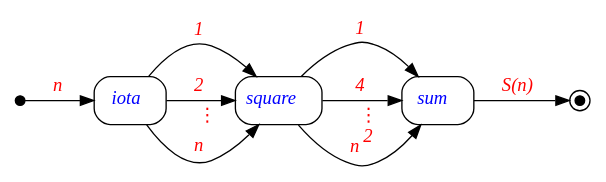
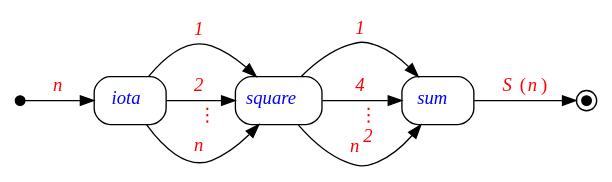
One commit to Framework-R-D/phlex-design changed the diagram in doc/ch_preliminaries/unfold-transform-fold.gv. Above: the diagram before and after it, drawn with Graphviz. The commit also changed 2 other files, not shown here.

```diff
--- a/doc/ch_preliminaries/unfold-transform-fold.gv
+++ b/doc/ch_preliminaries/unfold-transform-fold.gv
@@ -1,40 +1,40 @@
 digraph {
   rankdir=LR
   node [shape="box", style="rounded"]
 
   start [shape="point", width=0.1]
   end [shape="point", width=0.1, peripheries=2]
   iota [label=<<i><font color="blue">iota</font></i>>];
   transform [label=<<i><font color="blue">square</font></i>>];
   sum [label=<<i><font color="blue">sum</font></i>>];
 
   start -> iota [label=<<table cellpadding="1" border="0" cellborder="0">
                           <tr><td><font color="red"><i>n</i></font></td></tr>
                         </table>>]
 
   iota -> transform [label=<<table cellpadding="1" border="0" cellborder="0">
                               <tr><td><font color="red"><i>1</i></font></td></tr>
                             </table>>]
   iota -> transform [label=<<table cellpadding="1" border="0" cellborder="0">
                               <tr><td><font color="red"><i>2</i></font></td></tr>
                              </table>>]
   iota -> transform [label=<<font color="red">⋮</font>>, penwidth=0, arrowhead=none]
   iota -> transform [label=<<table cellpadding="1" border="0" cellborder="0">
                               <tr><td><font color="red"><i>n</i></font></td></tr>
                             </table>>]
 
   transform -> sum [label=<<table cellpadding="1" border="0" cellborder="0">
                              <tr><td><font color="red"><i>1</i></font></td></tr>
                            </table>>]
   transform -> sum [label=<<table cellpadding="1" border="0" cellborder="0">
                              <tr><td><font color="red"><i>4</i></font></td></tr>
                            </table>>]
   transform -> sum [label=<<font color="red">⋮</font>>, penwidth=0, arrowhead=none]
   transform -> sum [label=<<table cellpadding="1" border="0" cellborder="0">
                              <tr><td><font color="red"><i>n<sup>2</sup></i></font></td></tr>
                            </table>>]
 
   sum -> end [label=<<table cellpadding="1" border="0" cellborder="0">
-                        <tr><td><font color="red"><i>S(n)</i></font></td></tr>
+                        <tr><td><font color="red"><i>S&thinsp;</i>(<i>n</i>)</font></td></tr>
                       </table>>]
 }
```
